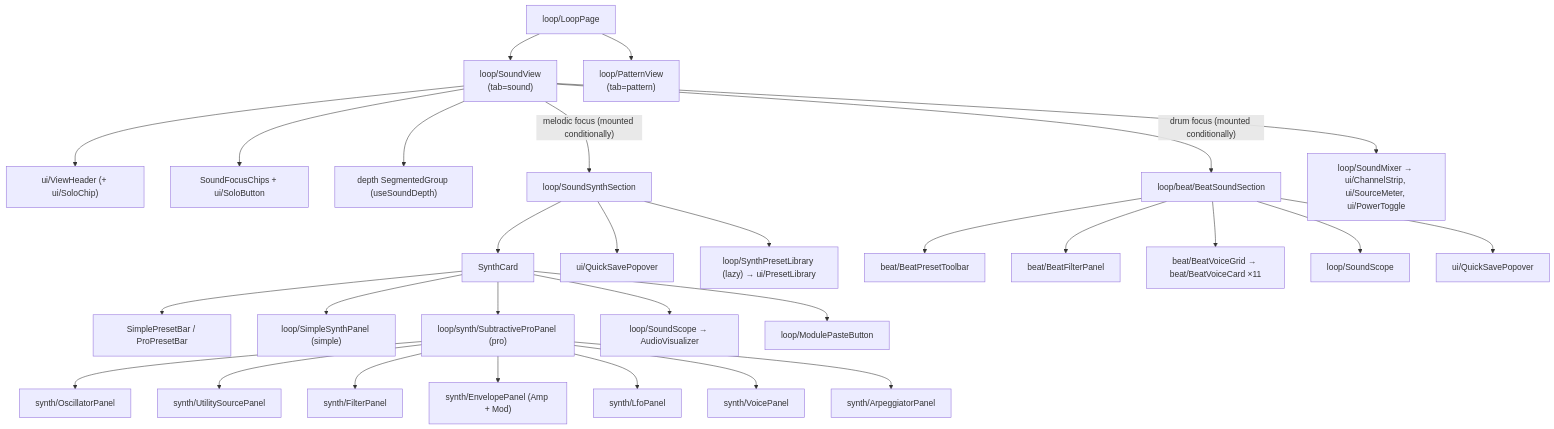
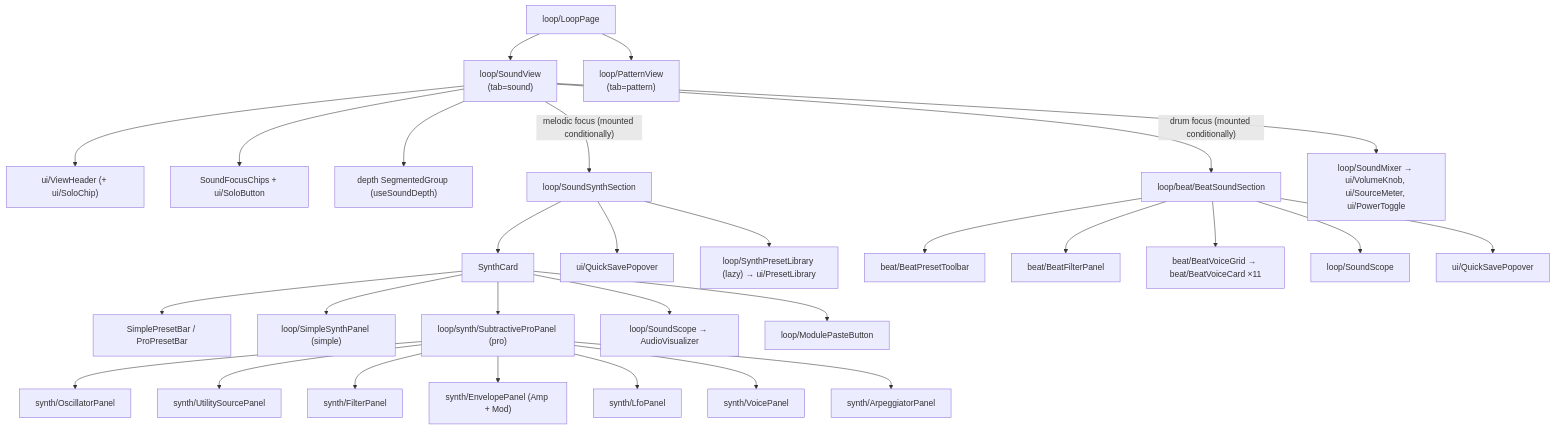
The third of 5 diagrams in docs/architecture/structure/01-ui.md (themiddnight/solna), drawn with Mermaid before and after one commit. The commit also changed other lines of this file and 2 other files, not shown here.

First line of the commit message:
docs: sync the architecture map, design notes and ADR-0040 with the cleanups

````diff
--- a/docs/architecture/structure/01-ui.md
+++ b/docs/architecture/structure/01-ui.md
@@ -127,34 +127,34 @@
 ```mermaid
 flowchart TB
   LP["loop/LoopPage"] --> SV["loop/SoundView<br/>(tab=sound)"]
   LP --> PV["loop/PatternView<br/>(tab=pattern)"]
 
   SV --> VH["ui/ViewHeader (+ ui/SoloChip)"]
   SV --> SFC["SoundFocusChips + ui/SoloButton"]
   SV --> DEP["depth SegmentedGroup (useSoundDepth)"]
   SV -- "melodic focus (mounted conditionally)" --> SSS["loop/SoundSynthSection"]
   SV -- "drum focus (mounted conditionally)" --> BSS["loop/beat/BeatSoundSection"]
-  SV --> MIX["loop/SoundMixer → ui/ChannelStrip, ui/SourceMeter, ui/PowerToggle"]
+  SV --> MIX["loop/SoundMixer → ui/VolumeKnob, ui/SourceMeter, ui/PowerToggle"]
 
   SSS --> SC["SynthCard"]
   SC --> SPB["SimplePresetBar / ProPresetBar"]
   SC --> SSP["loop/SimpleSynthPanel (simple)"]
   SC --> SPP["loop/synth/SubtractiveProPanel (pro)"]
   SC --> SCOPE["loop/SoundScope → AudioVisualizer"]
   SC --> MPB1["loop/ModulePasteButton"]
   SPP --> OSC["synth/OscillatorPanel"]
   SPP --> UTL["synth/UtilitySourcePanel"]
   SPP --> FLT["synth/FilterPanel"]
   SPP --> ENV["synth/EnvelopePanel (Amp + Mod)"]
   SPP --> LFO["synth/LfoPanel"]
   SPP --> VOI["synth/VoicePanel"]
   SPP --> ARP["synth/ArpeggiatorPanel"]
   SSS --> QS1["ui/QuickSavePopover"]
   SSS --> SPL["loop/SynthPresetLibrary (lazy) → ui/PresetLibrary"]
 
   BSS --> BPT["beat/BeatPresetToolbar"]
   BSS --> BFP["beat/BeatFilterPanel"]
   BSS --> BVG["beat/BeatVoiceGrid → beat/BeatVoiceCard ×11"]
   BSS --> SCOPE2["loop/SoundScope"]
   BSS --> QS2["ui/QuickSavePopover"]
 ```
````
